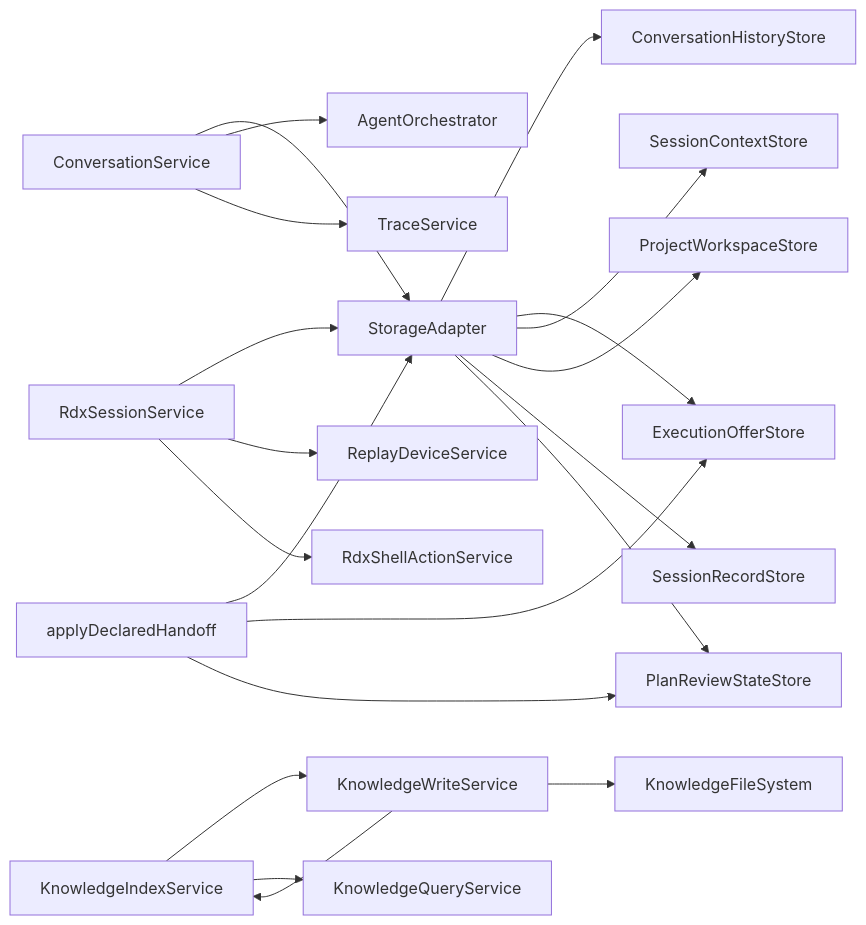
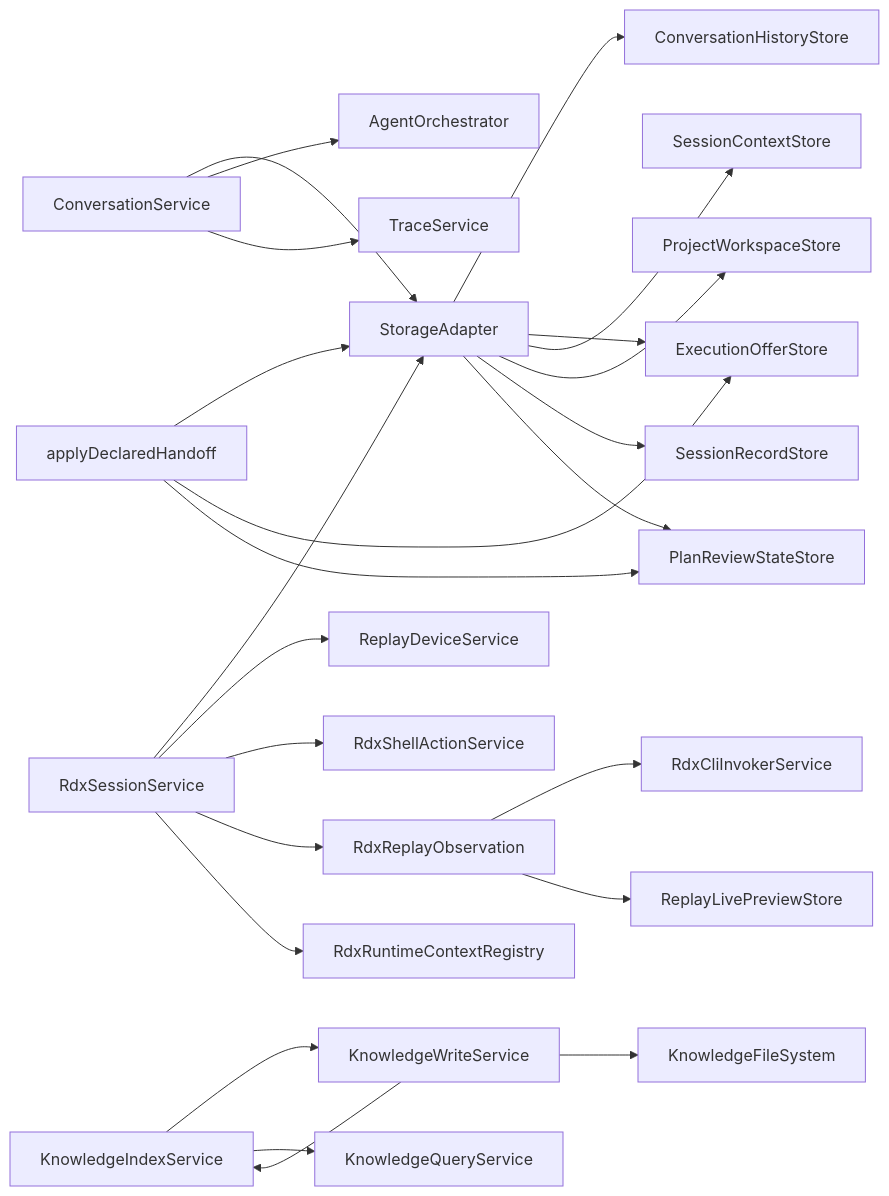
The ninth of 9 diagrams in .qoder/repowiki/zh/content/核心模块/会话管理系统/会话管理系统.md (haolange/RDC-Agent), drawn with Mermaid before and after one commit. The commit also changed other lines of this file and 85 other files, not shown here.

````diff
--- a/.qoder/repowiki/zh/content/核心模块/会话管理系统/会话管理系统.md
+++ b/.qoder/repowiki/zh/content/核心模块/会话管理系统/会话管理系统.md
@@ -463,22 +531,26 @@
 ```mermaid
 graph LR
 CS["ConversationService"] --> SA["StorageAdapter"]
 CS --> AO["AgentOrchestrator"]
 CS --> TS["TraceService"]
 RS["RdxSessionService"] --> SA
 RS --> RDS["ReplayDeviceService"]
 RS --> RSA["RdxShellActionService"]
+RS --> RRO["RdxReplayObservation"]
+RS --> RRCR["RdxRuntimeContextRegistry"]
 SA --> CHS["ConversationHistoryStore"]
 SA --> EOS["ExecutionOfferStore"]
 SA --> SCJ["SessionContextStore"]
 SA --> PWS["ProjectWorkspaceStore"]
 SA --> SRS["SessionRecordStore"]
 SA --> PRS["PlanReviewStateStore"]
 ADH["applyDeclaredHandoff"] --> SA
 ADH --> EOS
 ADH --> PRS
 KIS["KnowledgeImportService"] --> KWS["KnowledgeWriteService"]
 KIS --> KQS["KnowledgeQueryService"]
 KWS --> KIS["KnowledgeIndexService"]
 KWS --> KFS["KnowledgeFileSystem"]
+RRO --> RCIS["RdxCliInvokerService"]
+RRO --> RLPS["ReplayLivePreviewStore"]
 ```
````
